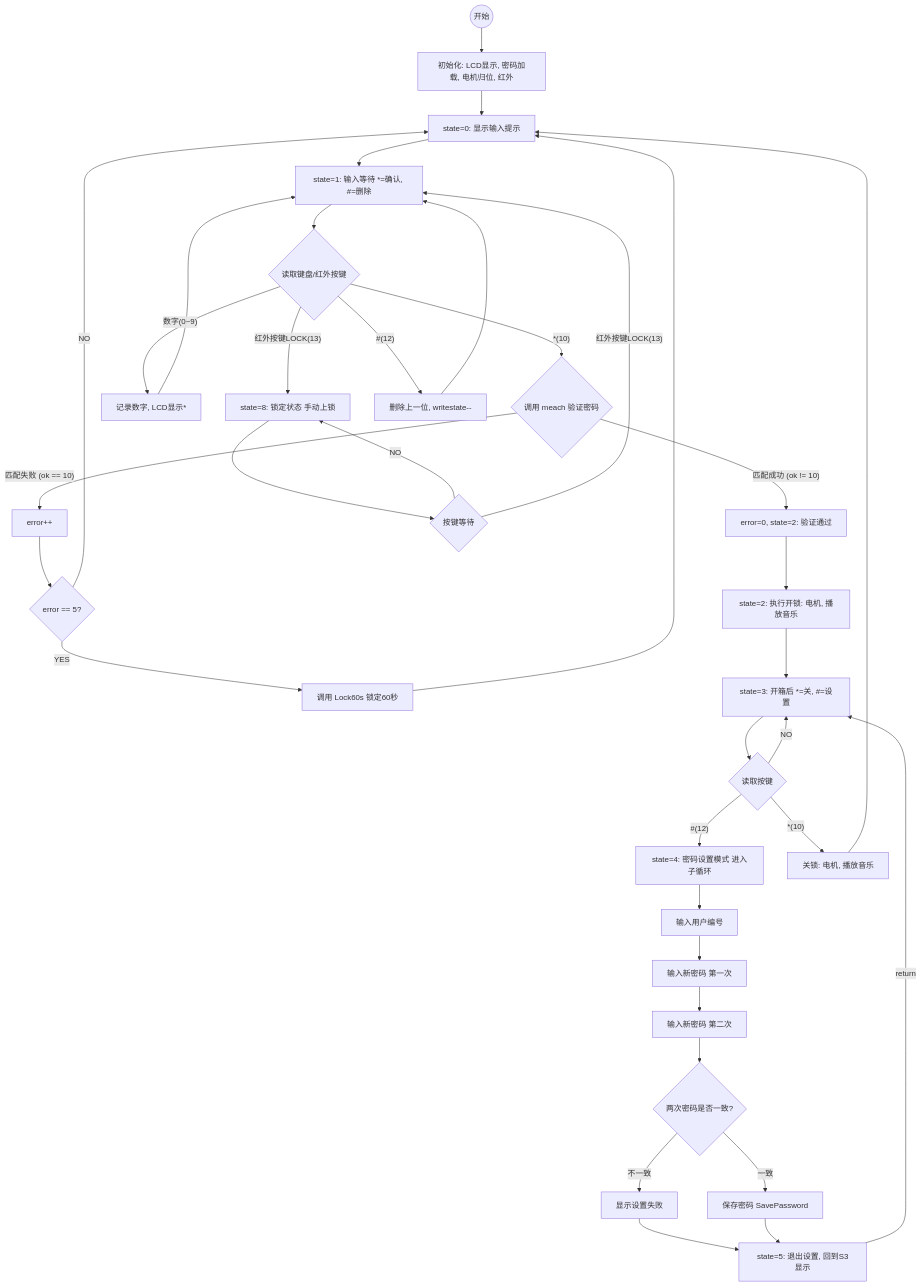
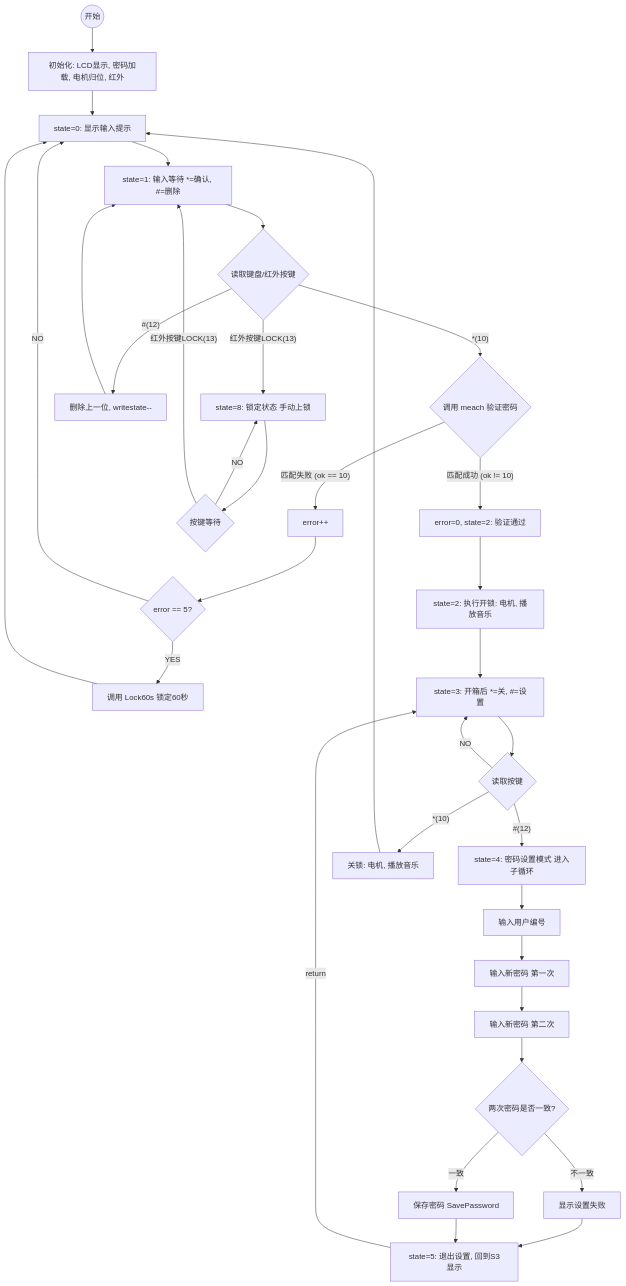
One commit to ksxyh-22/iodraw-files changed the diagram in all/未命名-2.md. Above: the diagram before and after it, drawn with Mermaid.

Commit message:
2025-10-11 11:18:59 update

````diff
--- a/all/未命名-2.md
+++ b/all/未命名-2.md
@@ -1,77 +1,73 @@
 ```mermaid
 graph TD
     %% 状态机主流程
     START((开始)) --> INIT[初始化: LCD显示, 密码加载, 电机归位, 红外];
     INIT --> S0[state=0: 显示输入提示];
 
     %% 状态 1: 密码输入与验证 (主流程)
     S0 --> S1[state=1: 输入等待 *=确认, #=删除];
     
     S1 --> INPUT{读取键盘/红外按键};
     
     
 
     
     %% 手动锁定 (分支到右侧)
     INPUT -- 红外按键LOCK(13) --> S8;
     
-
-    %% 处理输入分支
-    INPUT -- 数字(0~9) --> DIGIT[记录数字, LCD显示*];
-    DIGIT --> S1;
     
     %% 验证分支
     INPUT -- *(10) --> VERIFY{调用 meach 验证密码};
 
     INPUT -- #(12) --> DELETE[删除上一位, writestate--];
     DELETE --> S1;
 
     
     VERIFY -- 匹配成功 (ok != 10) --> S2_SUCCESS[error=0, state=2: 验证通过];
     
     %% 失败和错误处理 (分支到右侧)
     VERIFY -- 匹配失败 (ok == 10) --> ERROR_COUNT[error++];
     
     ERROR_COUNT --> CHECK_ERRORS{error == 5?};
     
     CHECK_ERRORS -- NO --> S0;
 
     CHECK_ERRORS -- YES --> LOCK_60s[调用 Lock60s 锁定60秒];
     LOCK_60s --> S0;
 
     %% 状态 2, 3, 5: 开锁后的操作 (主流程)
     S2_SUCCESS --> S2_OPEN[state=2: 执行开锁: 电机, 播放音乐];
     S2_OPEN --> S3[state=3: 开箱后 *=关, #=设置];
 
     S3 --> POST_KEY{读取按键};
     
     POST_KEY -- NO --> S3;
     
     POST_KEY -- #(12) --> S4[state=4: 密码设置模式 进入子循环];
 
     POST_KEY -- *(10) --> S3_CLOSE[关锁: 电机, 播放音乐];
     S3_CLOSE --> S0;
     
     
 
     %% 状态 4: 密码设置 (子流程)
     S4 --> S4_USER[输入用户编号];
     S4_USER --> S4_PASS1[输入新密码 第一次];
     S4_PASS1 --> S4_PASS2[输入新密码 第二次];
 
     S4_PASS2 --> S4_CHECK{两次密码是否一致?};
     
     S4_CHECK -- 不一致 --> S4_FAIL[显示设置失败];
     S4_FAIL --> S5[state=5: 退出设置, 回到S3显示];
 
     S4_CHECK -- 一致 --> S4_SAVE[保存密码 SavePassword];
     S4_SAVE --> S5;
     
     S5 -- return --> S3; 
     
     %% 状态 8: 锁定状态 (独立循环)
     S8[state=8: 锁定状态 手动上锁] --> S8_WAIT{按键等待};
     
     S8_WAIT -- NO --> S8;
     S8_WAIT -- 红外按键LOCK(13) --> S1;
 ```
````
